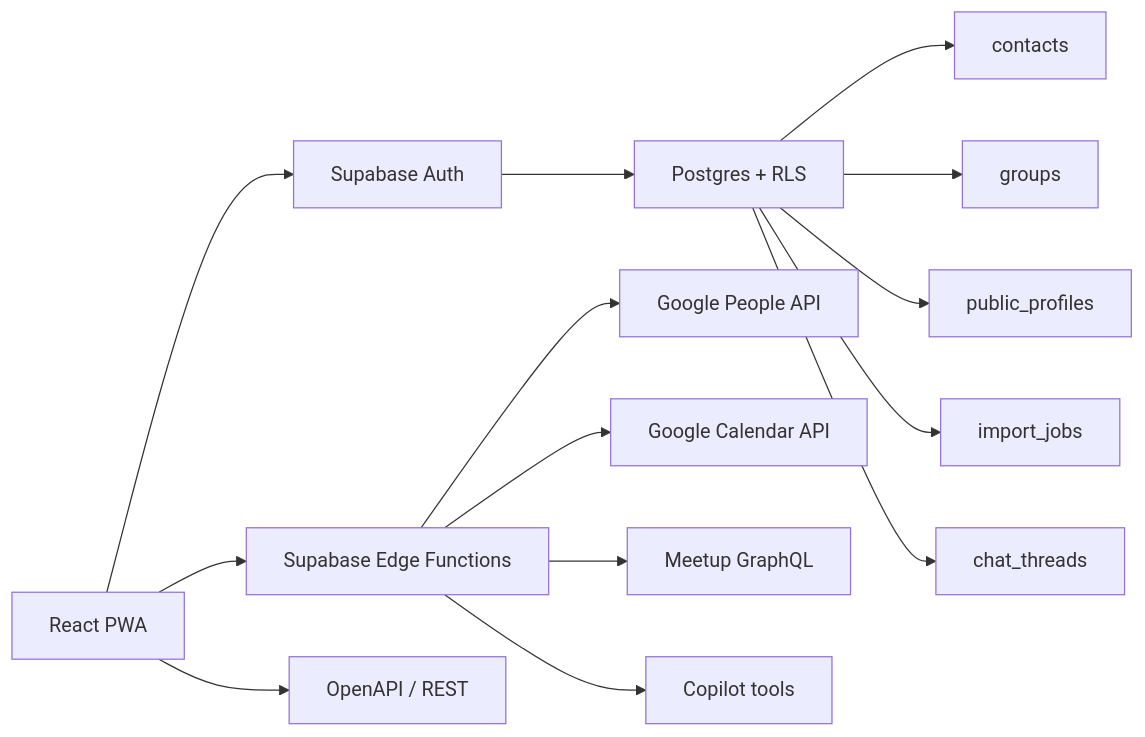
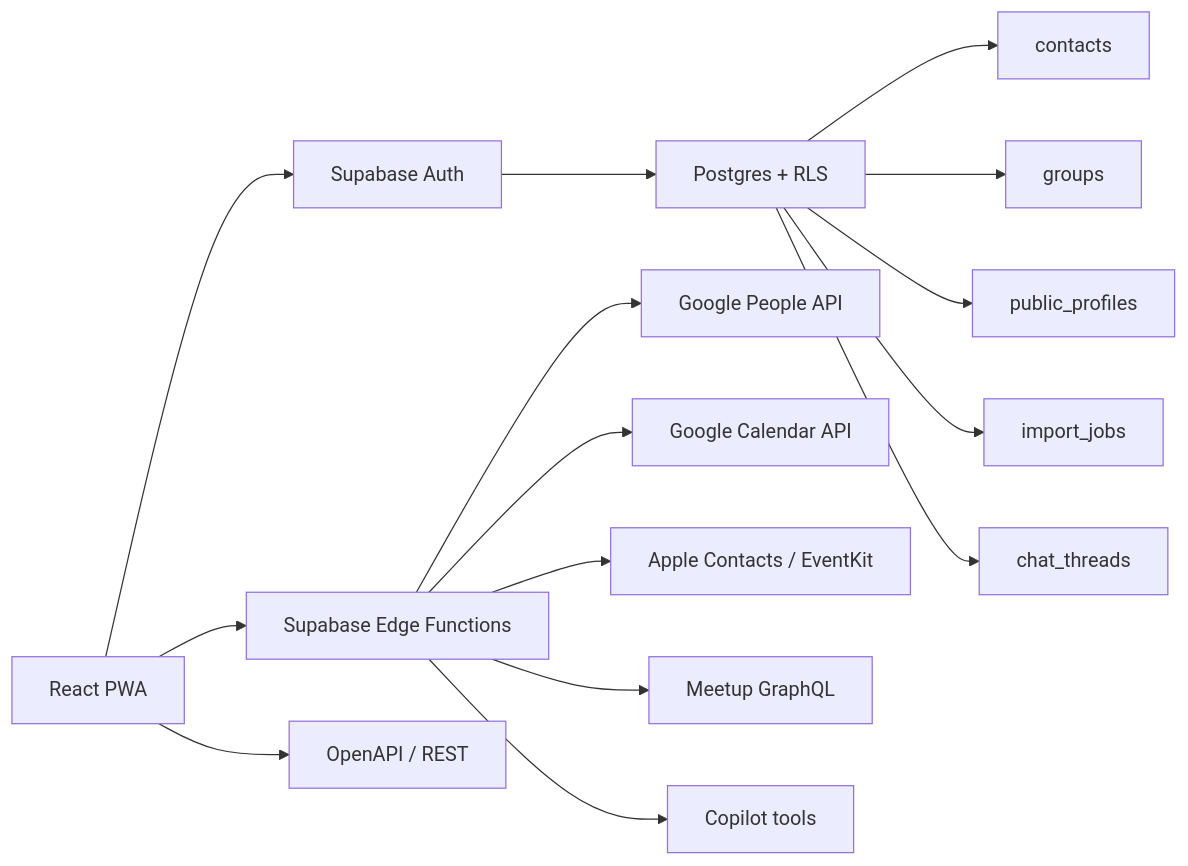
The third of 3 diagrams in docs/guides/architecture.md (Leninn-Marinho-Rodrigues/grafy-cogmo-prototype), drawn with Mermaid before and after one commit. The commit also changed other lines of this file and 11 other files, not shown here.

Commit message:
Add dual landing pages and Apple import flow

````diff
--- a/docs/guides/architecture.md
+++ b/docs/guides/architecture.md
@@ -98,18 +100,19 @@
 ```mermaid
 flowchart LR
   Front["React PWA"] --> SupabaseAuth["Supabase Auth"]
   Front --> Edge["Supabase Edge Functions"]
   Front --> API["OpenAPI / REST"]
 
   SupabaseAuth --> RLS["Postgres + RLS"]
   Edge --> Google["Google People API"]
   Edge --> Calendar["Google Calendar API"]
+  Edge --> AppleNative["Apple Contacts / EventKit"]
   Edge --> Meetup["Meetup GraphQL"]
   Edge --> AI["Copilot tools"]
 
   RLS --> Contacts["contacts"]
   RLS --> Groups["groups"]
   RLS --> PublicProfiles["public_profiles"]
   RLS --> Imports["import_jobs"]
   RLS --> Chat["chat_threads"]
 ```
````
